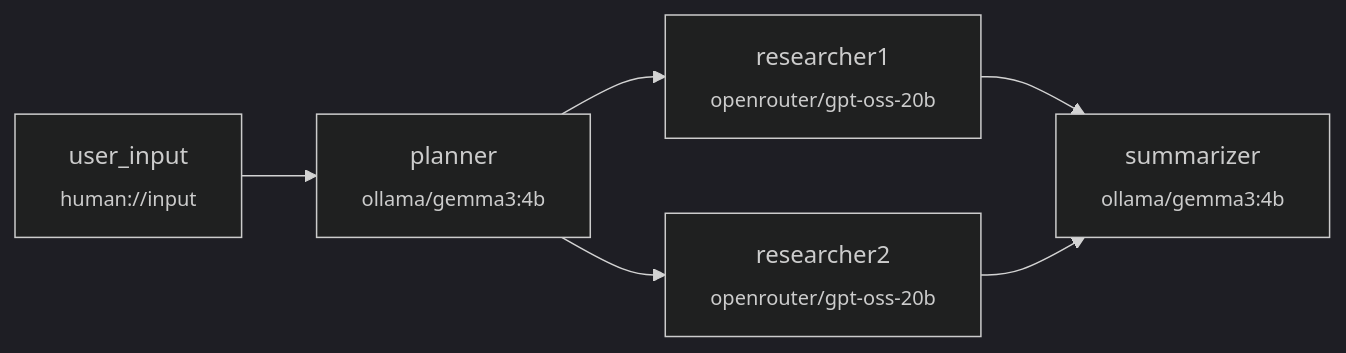
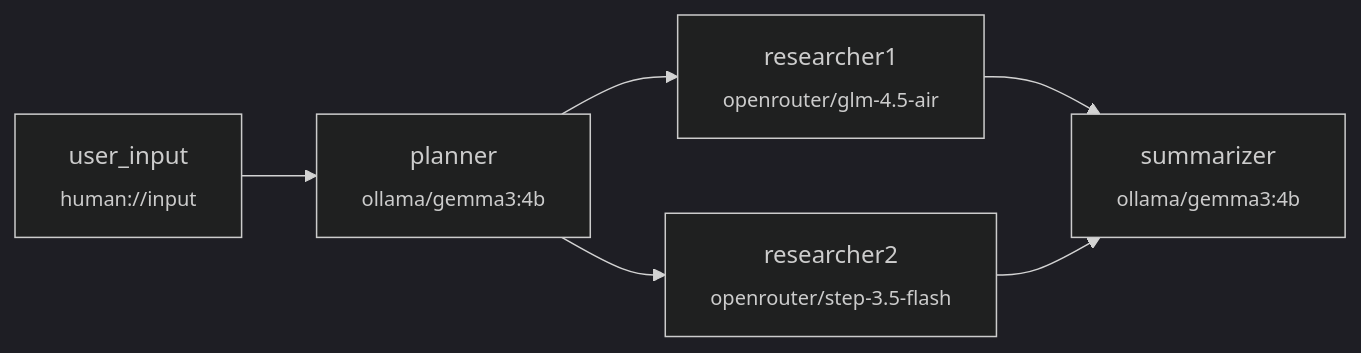
Before and after one commit to Alexli18/binex: the first of 3 diagrams in README.md, drawn with Mermaid (dark theme). The commit also changed other lines of this file, not shown here.

Commit message:
Fix Demo section to match actual multi-provider workflow models

````diff
--- a/README.md
+++ b/README.md
@@ -74,8 +74,8 @@
 ```mermaid
 graph LR
     A["user_input<br/><sub>human://input</sub>"] --> B["planner<br/><sub>ollama/gemma3:4b</sub>"]
-    B --> C["researcher1<br/><sub>openrouter/gpt-oss-20b</sub>"]
-    B --> D["researcher2<br/><sub>openrouter/gpt-oss-20b</sub>"]
+    B --> C["researcher1<br/><sub>openrouter/glm-4.5-air</sub>"]
+    B --> D["researcher2<br/><sub>openrouter/step-3.5-flash</sub>"]
     C --> E["summarizer<br/><sub>ollama/gemma3:4b</sub>"]
     D --> E
 ```
````
